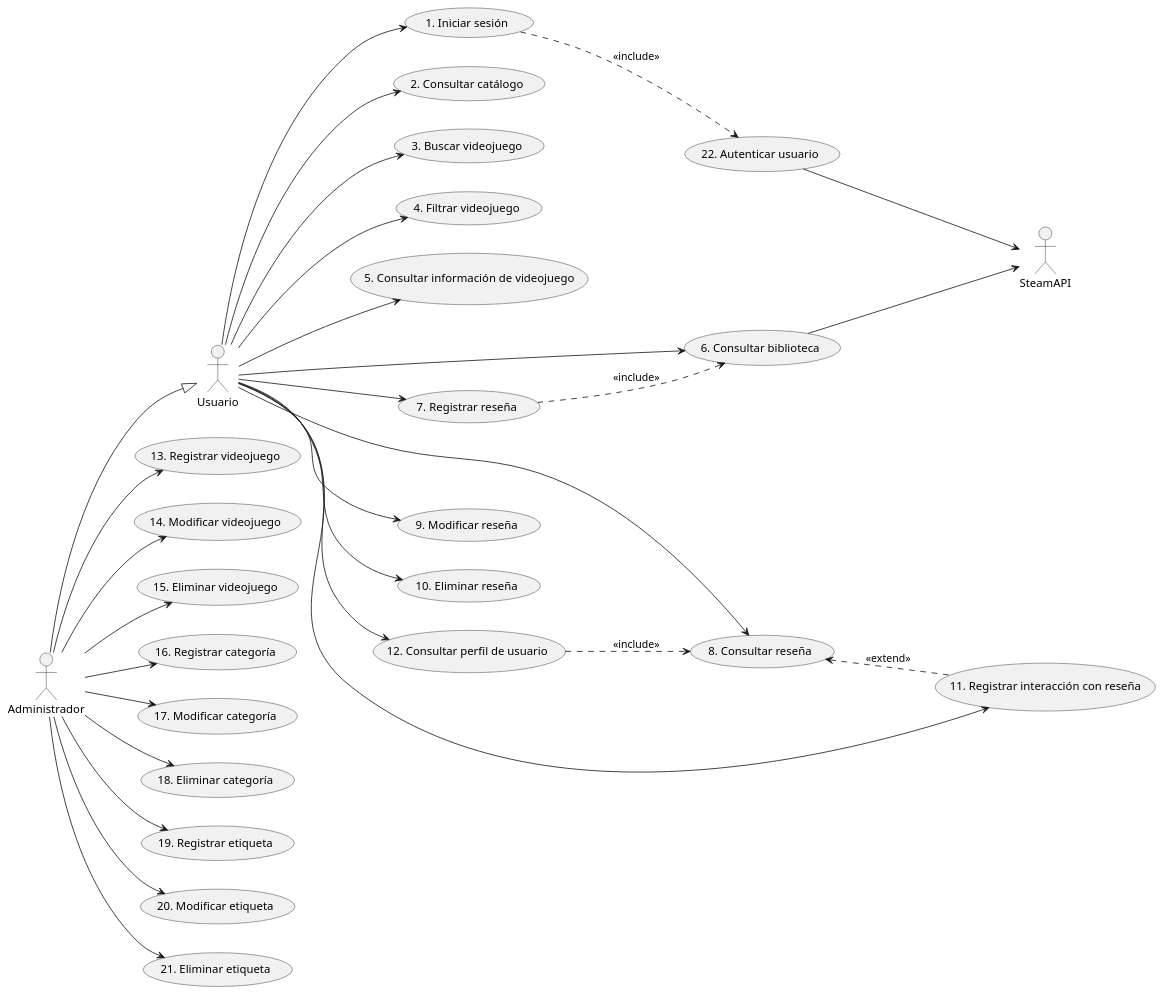
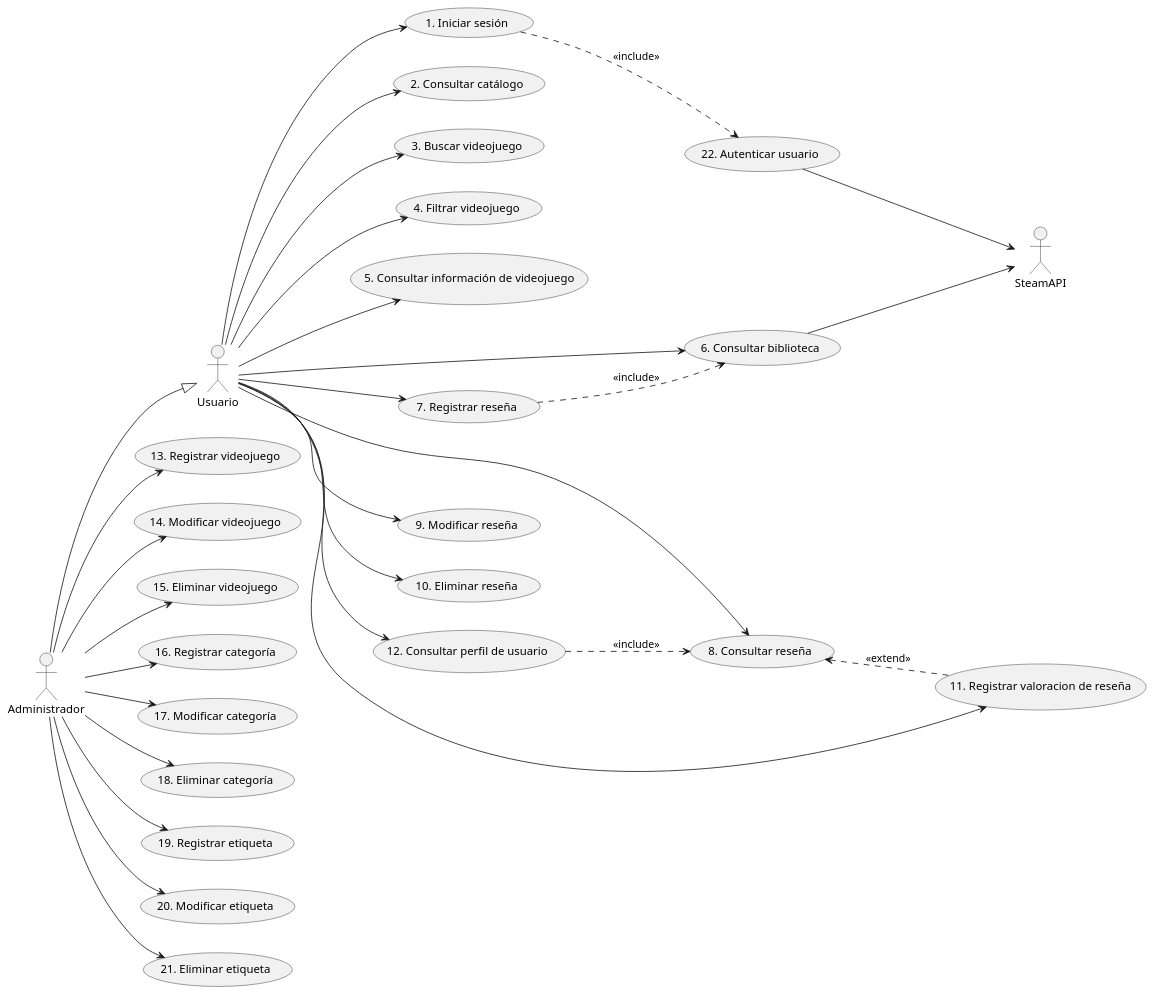
The diagram in Diagramas/DiagramaDeCU.plantuml (ScursatoneGino16/SeminarioIntegrador2026), drawn with PlantUML before and after one commit. The commit also changed 7 other files, not shown here.

First line of the commit message:
Correccion de Diagramas

```diff
--- a/Diagramas/DiagramaDeCU.plantuml
+++ b/Diagramas/DiagramaDeCU.plantuml
@@ -1,61 +1,61 @@
 @startuml Casos de Uso Seminario
 
 left to right direction
 
 actor "Usuario" as Usuario
 actor "Administrador" as Admin
 actor "SteamAPI" as Steam 
 
 usecase "1. Iniciar sesión" as CU1
 usecase "2. Consultar catálogo" as CU2
 usecase "3. Buscar videojuego" as CU3
 usecase "4. Filtrar videojuego" as CU4
 usecase "5. Consultar información de videojuego" as CU5
 usecase "6. Consultar biblioteca" as CU6
 usecase "7. Registrar reseña" as CU7
 usecase "8. Consultar reseña" as CU8
 usecase "9. Modificar reseña" as CU9
 usecase "10. Eliminar reseña" as CU10
-usecase "11. Registrar interacción con reseña" as CU11
+usecase "11. Registrar valoracion de reseña" as CU11
 usecase "12. Consultar perfil de usuario" as CU12
 usecase "13. Registrar videojuego" as CU13
 usecase "14. Modificar videojuego" as CU14
 usecase "15. Eliminar videojuego" as CU15
 usecase "16. Registrar categoría" as CU16
 usecase "17. Modificar categoría" as CU17
 usecase "18. Eliminar categoría" as CU18
 usecase "19. Registrar etiqueta" as CU19
 usecase "20. Modificar etiqueta" as CU20
 usecase "21. Eliminar etiqueta" as CU21
 usecase "22. Autenticar usuario" as CU22
 
 
 Usuario --> CU1
 Usuario --> CU2
 Usuario --> CU3
 Usuario --> CU4
 Usuario --> CU5
 Usuario --> CU6
 Usuario --> CU7
 Usuario --> CU8
 Usuario --> CU9
 Usuario --> CU10
 Usuario --> CU11
 Usuario --> CU12
 Admin --> CU13
 Admin --> CU14
 Admin --> CU15
 Admin --> CU16
 Admin --> CU17
 Admin --> CU18
 Admin --> CU19
 Admin --> CU20
 Admin --> CU21
 CU22--> Steam
 CU6 --> Steam
 Admin --|> Usuario
 CU1 ..> CU22 : <<include>>
 CU7 ..> CU6 : <<include>>
 CU12 ..> CU8: <<include>>
 CU8 <.. CU11: <<extend>>
 @enduml
```
